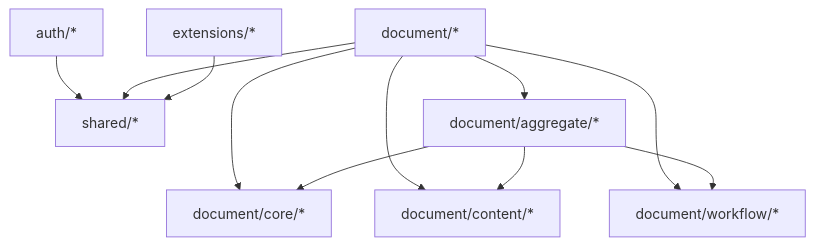
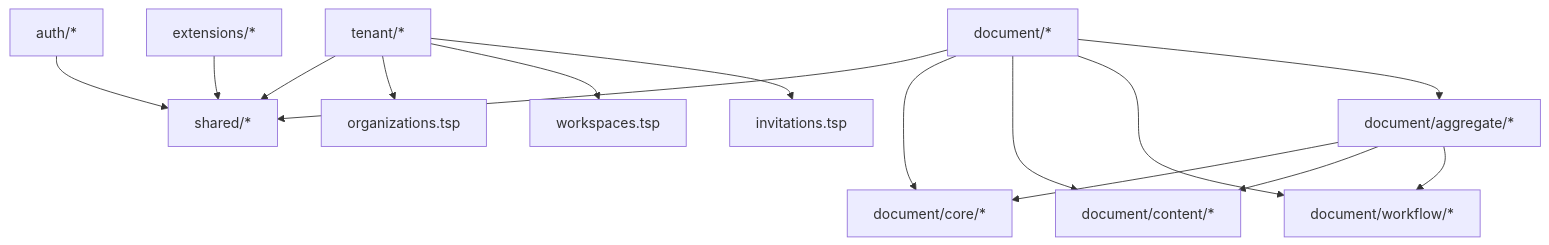
Before and after one commit to apexroc/nexusbook-api: diagram 12 of 12 in .qoder/repowiki/zh/content/核心架构/核心架构.md, drawn with Mermaid. The commit also changed other lines of this file and 8 other files, not shown here.

````diff
--- a/.qoder/repowiki/zh/content/核心架构/核心架构.md
+++ b/.qoder/repowiki/zh/content/核心架构/核心架构.md
@@ -382,21 +586,29 @@
 ```mermaid
 graph TB
 SHARED["shared/*"]
 AUTH["auth/*"]
 DOC["document/*"]
 CORE["document/core/*"]
 CONTENT["document/content/*"]
 WF["document/workflow/*"]
 AGG["document/aggregate/*"]
 EXT["extensions/*"]
+TENANT_API["tenant/*"]
+ORG["organizations.tsp"]
+WS["workspaces.tsp"]
+INV["invitations.tsp"]
 AUTH --> SHARED
 DOC --> SHARED
 EXT --> SHARED
+TENANT_API --> SHARED
 DOC --> CORE
 DOC --> CONTENT
 DOC --> WF
 DOC --> AGG
 AGG --> CORE
 AGG --> CONTENT
 AGG --> WF
+TENANT_API --> ORG
+TENANT_API --> WS
+TENANT_API --> INV
 ```
````
